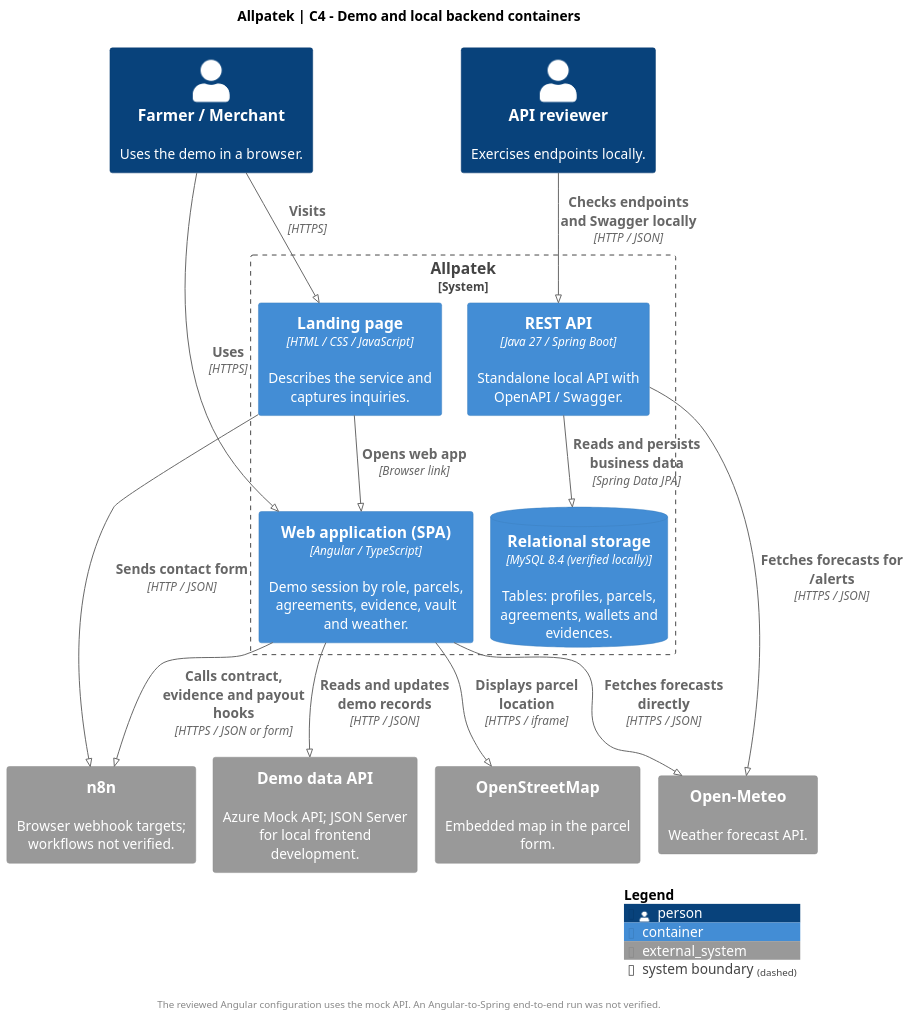
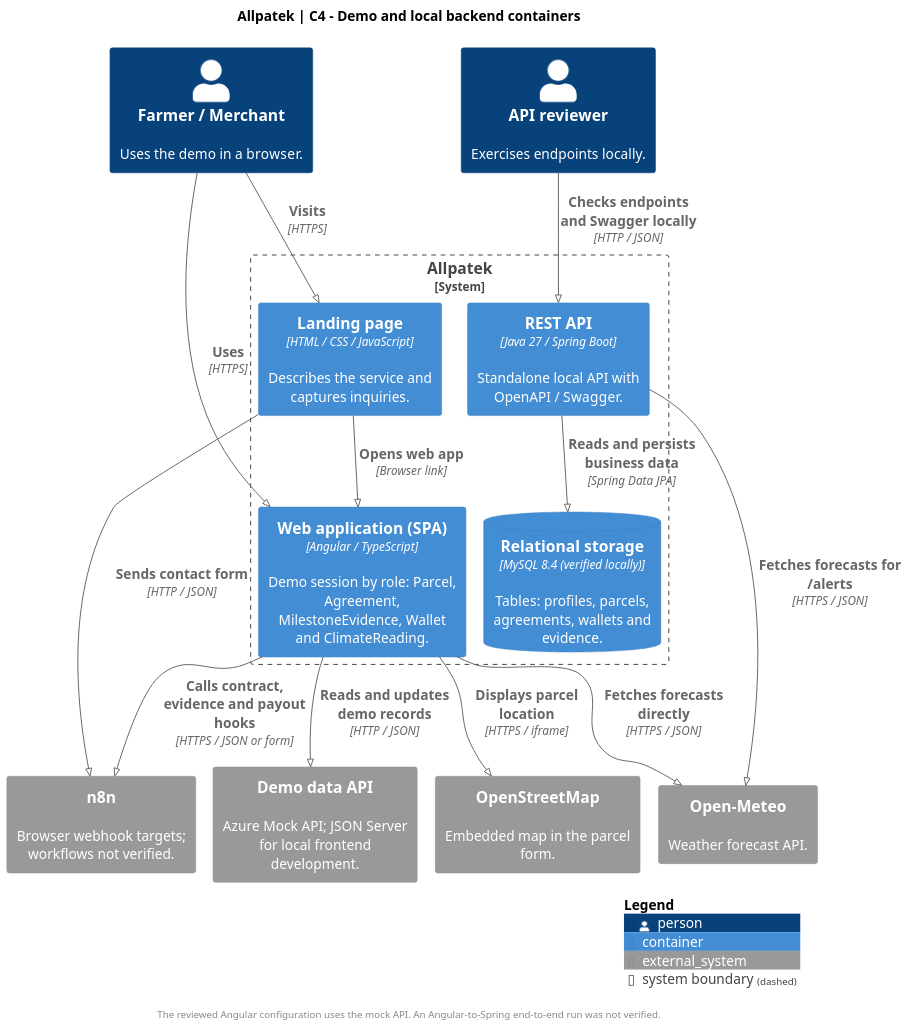
One commit to upc-pre-202620-1asi0729-7753-Terranova/allpatek-report changed the diagram in assets/chapter-04/architecture/03-containers.puml. Above: the diagram before and after it, drawn with PlantUML. The commit also changed 2 other files, not shown here.

Commit message:
docs(architecture): name C4 containers from implemented MySQL tables

```diff
--- a/assets/chapter-04/architecture/03-containers.puml
+++ b/assets/chapter-04/architecture/03-containers.puml
@@ -1,42 +1,42 @@
 @startuml
 !pragma layout smetana
 !include <C4/C4_Container>
 skinparam backgroundColor white
 skinparam defaultFontName SansSerif
 skinparam defaultFontSize 14
 skinparam shadowing false
 skinparam dpi 140
 
 title Allpatek | C4 - Demo and local backend containers
 LAYOUT_TOP_DOWN()
 
 Person(user, "Farmer / Merchant", "Uses the demo in a browser.")
 Person(reviewer, "API reviewer", "Exercises endpoints locally.")
 
 System_Boundary(allpatek, "Allpatek") {
   Container(landing, "Landing page", "HTML / CSS / JavaScript", "Describes the service and captures inquiries.")
-  Container(web, "Web application (SPA)", "Angular / TypeScript", "Demo session by role, parcels, agreements, evidence, vault and weather.")
+  Container(web, "Web application (SPA)", "Angular / TypeScript", "Demo session by role: Parcel, Agreement, MilestoneEvidence, Wallet and ClimateReading.")
   Container(api, "REST API", "Java 27 / Spring Boot", "Standalone local API with OpenAPI / Swagger.")
-  ContainerDb(db, "Relational storage", "MySQL 8.4 (verified locally)", "Tables: profiles, parcels, agreements, wallets and evidences.")
+  ContainerDb(db, "Relational storage", "MySQL 8.4 (verified locally)", "Tables: profiles, parcels, agreements, wallets and evidence.")
 }
 
 System_Ext(mock, "Demo data API", "Azure Mock API; JSON Server for local frontend development.")
 System_Ext(auto, "n8n", "Browser webhook targets; workflows not verified.")
 System_Ext(weather, "Open-Meteo", "Weather forecast API.")
 System_Ext(maps, "OpenStreetMap", "Embedded map in the parcel form.")
 
 Rel(user, landing, "Visits", "HTTPS")
 Rel(user, web, "Uses", "HTTPS")
 Rel(landing, web, "Opens web app", "Browser link")
 Rel(landing, auto, "Sends contact form", "HTTP / JSON")
 Rel(web, auto, "Calls contract, evidence and payout hooks", "HTTPS / JSON or form")
 Rel(web, mock, "Reads and updates demo records", "HTTP / JSON")
 Rel(web, weather, "Fetches forecasts directly", "HTTPS / JSON")
 Rel(web, maps, "Displays parcel location", "HTTPS / iframe")
 Rel(reviewer, api, "Checks endpoints and Swagger locally", "HTTP / JSON")
 Rel(api, db, "Reads and persists business data", "Spring Data JPA")
 Rel(api, weather, "Fetches forecasts for /alerts", "HTTPS / JSON")
 
 footer The reviewed Angular configuration uses the mock API. An Angular-to-Spring end-to-end run was not verified.
 SHOW_LEGEND()
 @enduml
```
